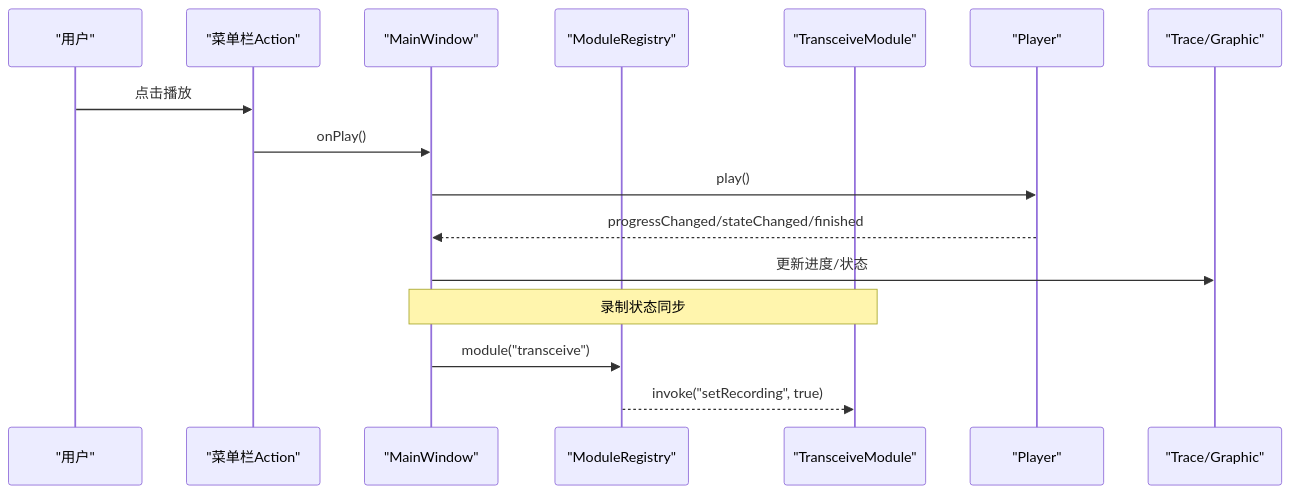
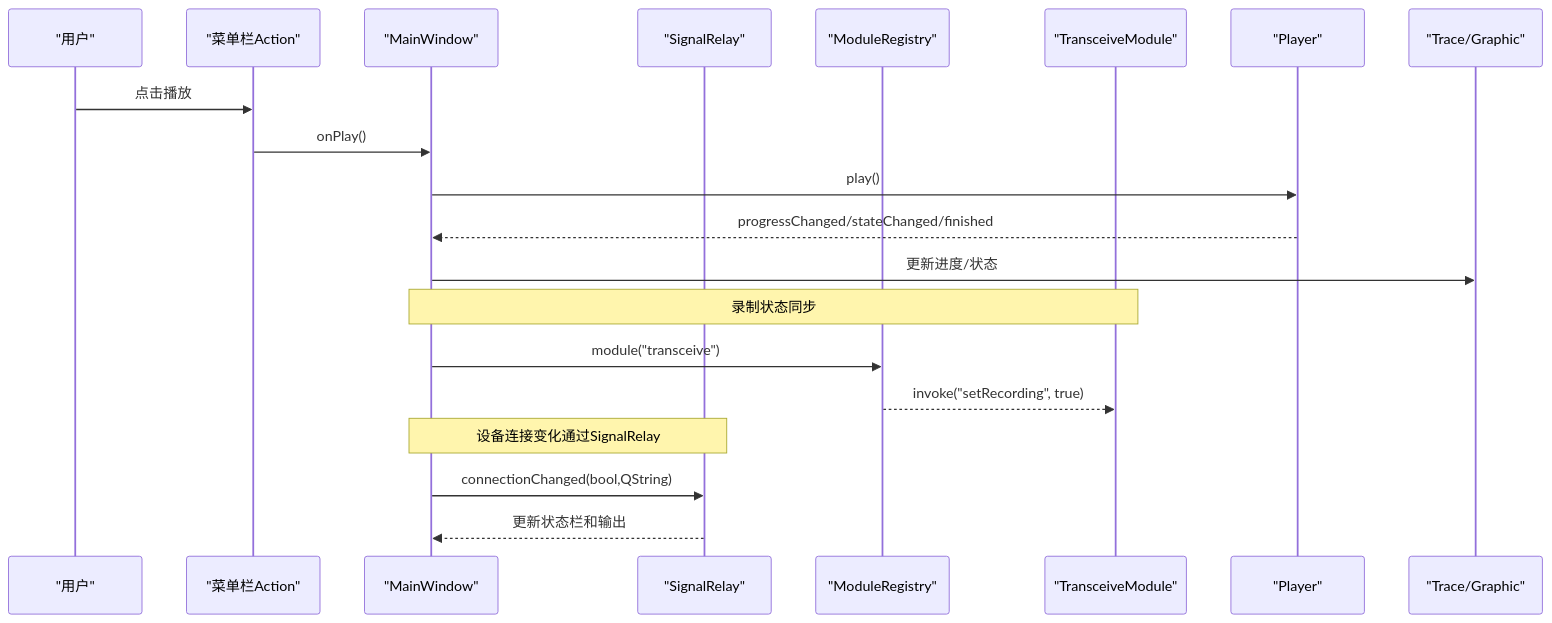
Before and after one commit to jakecai1225-design/OpenBus: the fifth of 10 diagrams in .qoder/repowiki/zh/content/架构设计/主窗口组件架构.md, drawn with Mermaid. The commit also changed other lines of this file and 15 other files, not shown here.

Commit message:
trace graphic优化

````diff
--- a/.qoder/repowiki/zh/content/架构设计/主窗口组件架构.md
+++ b/.qoder/repowiki/zh/content/架构设计/主窗口组件架构.md
@@ -263,18 +296,22 @@
 ```mermaid
 sequenceDiagram
 participant User as "用户"
 participant Menu as "菜单栏Action"
 participant MW as "MainWindow"
+participant SR as "SignalRelay"
 participant MR as "ModuleRegistry"
 participant TM as "TransceiveModule"
 participant Player as "Player"
 participant Tabs as "Trace/Graphic"
 User->>Menu : 点击播放
 Menu->>MW : onPlay()
 MW->>Player : play()
 Player-->>MW : progressChanged/stateChanged/finished
 MW->>Tabs : 更新进度/状态
 Note over MW,TM : 录制状态同步
 MW->>MR : module("transceive")
 MR-->>TM : invoke("setRecording", true)
+Note over MW,SR : 设备连接变化通过SignalRelay
+MW->>SR : connectionChanged(bool,QString)
+SR-->>MW : 更新状态栏和输出
 ```
````
